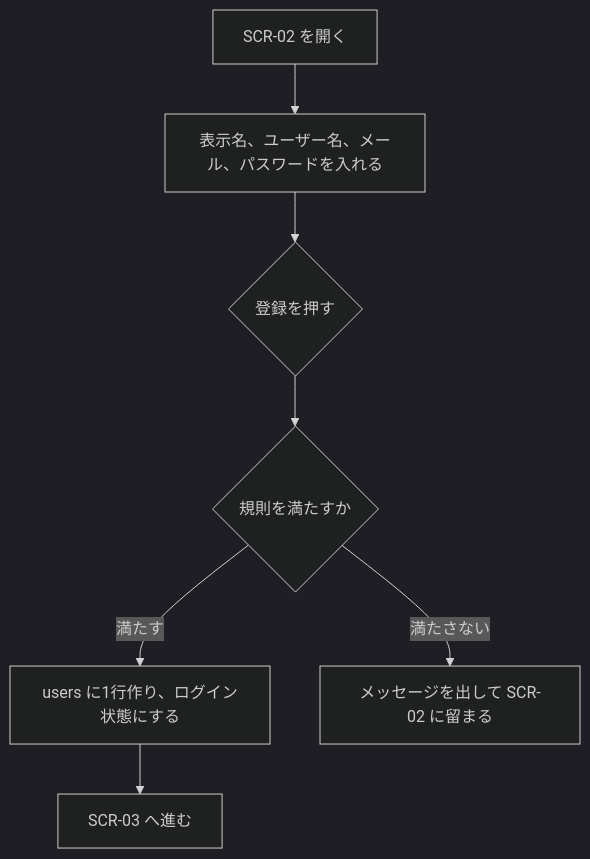
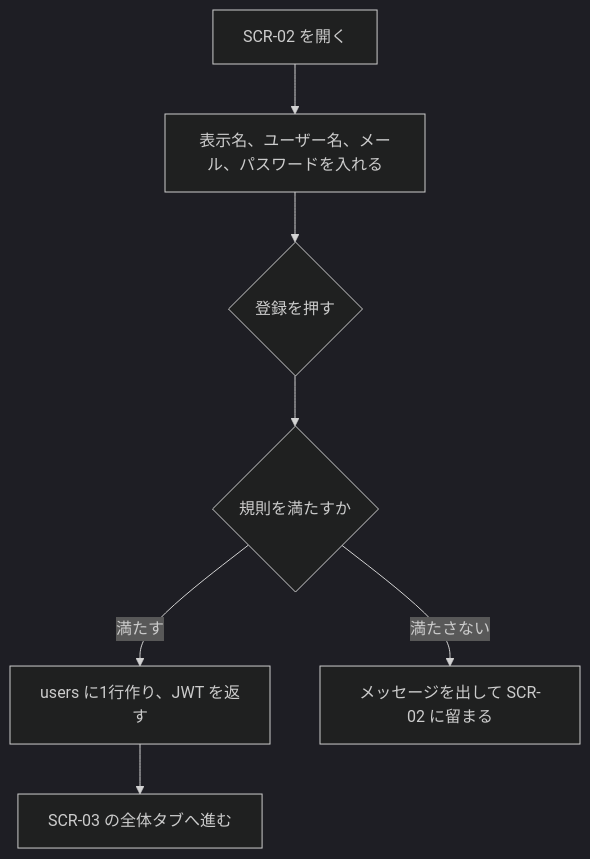
The first of 4 diagrams in ドキュメント/機能定義/アカウント.md (pfgnsb/learning-sns), drawn with Mermaid (dark theme) before and after one commit. The commit also changed other lines of this file and 14 other files, not shown here.

````diff
--- a/ドキュメント/機能定義/アカウント.md
+++ b/ドキュメント/機能定義/アカウント.md
@@ -74,9 +79,9 @@
 ```mermaid
 flowchart TD
   open[SCR-02 を開く] --> input[表示名、ユーザー名、メール、パスワードを入れる]
   input --> send{登録を押す}
   send --> check{規則を満たすか}
-  check -->|満たす| save[users に1行作り、ログイン状態にする]
-  save --> home[SCR-03 へ進む]
+  check -->|満たす| save[users に1行作り、JWT を返す]
+  save --> home[SCR-03 の全体タブへ進む]
   check -->|満たさない| stay[メッセージを出して SCR-02 に留まる]
 ```
````
